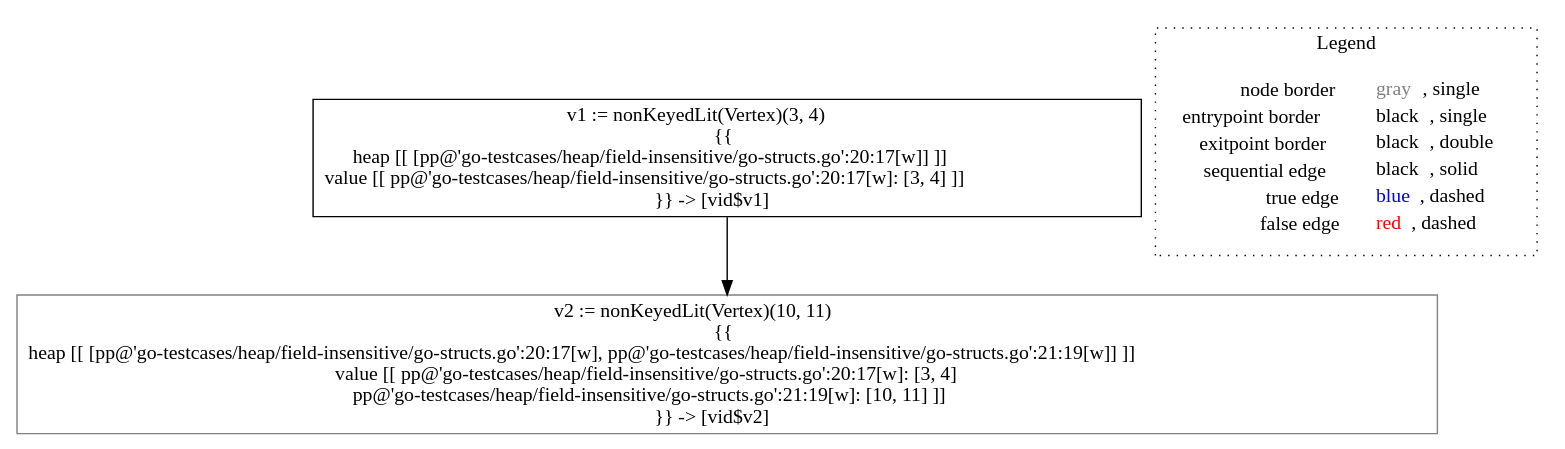
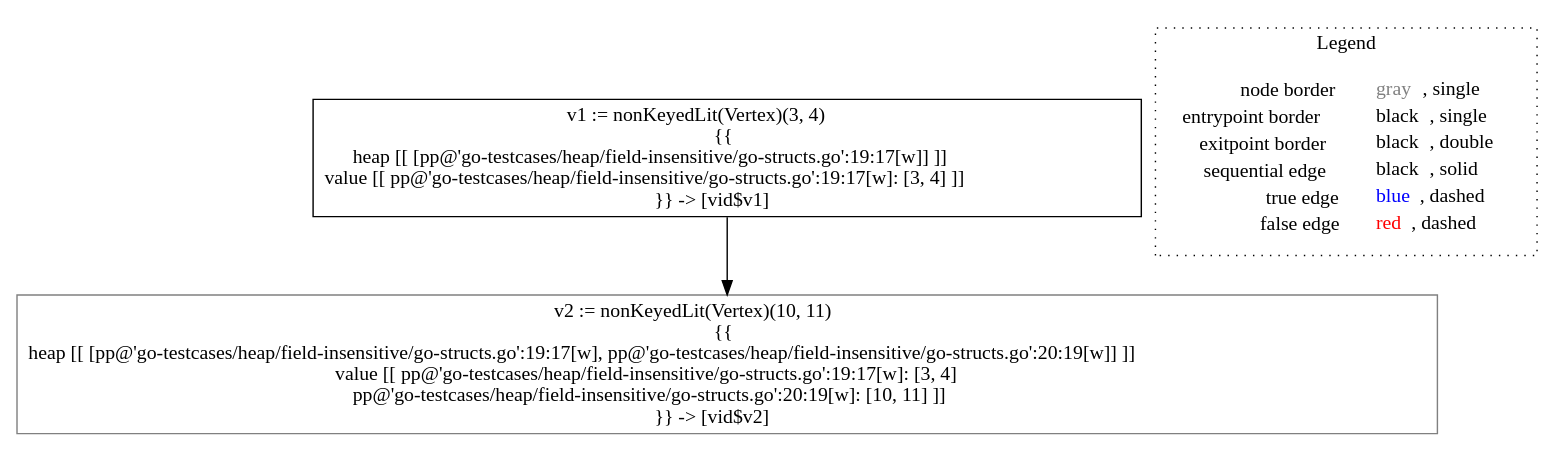
One commit to lisa-analyzer/go-lisa changed the diagram in go-lisa/go-testcases/heap/field-insensitive/analysis___untyped_~LiSAProgram.alloc().dot. Above: the diagram before and after it, drawn with Graphviz. The commit also changed 14 other files, not shown here.

```diff
--- a/go-lisa/go-testcases/heap/field-insensitive/analysis___untyped_~LiSAProgram.alloc().dot
+++ b/go-lisa/go-testcases/heap/field-insensitive/analysis___untyped_~LiSAProgram.alloc().dot
@@ -1,12 +1,12 @@
 digraph {
-	"node0" [shape="rect",color="black",label=<v1 := nonKeyedLit(Vertex)(3, 4)<BR/>{{<BR/>heap [[ [pp@'go-testcases/heap/field-insensitive/go-structs.go':20:17[w]] ]]<BR/>value [[ pp@'go-testcases/heap/field-insensitive/go-structs.go':20:17[w]: [3, 4] ]]<BR/>}} -&gt; [vid$v1]>];
-	"node1" [shape="rect",color="gray",label=<v2 := nonKeyedLit(Vertex)(10, 11)<BR/>{{<BR/>heap [[ [pp@'go-testcases/heap/field-insensitive/go-structs.go':20:17[w], pp@'go-testcases/heap/field-insensitive/go-structs.go':21:19[w]] ]]<BR/>value [[ pp@'go-testcases/heap/field-insensitive/go-structs.go':20:17[w]: [3, 4]<BR/>pp@'go-testcases/heap/field-insensitive/go-structs.go':21:19[w]: [10, 11] ]]<BR/>}} -&gt; [vid$v2]>];
+	"node0" [shape="rect",color="black",label=<v1 := nonKeyedLit(Vertex)(3, 4)<BR/>{{<BR/>heap [[ [pp@'go-testcases/heap/field-insensitive/go-structs.go':19:17[w]] ]]<BR/>value [[ pp@'go-testcases/heap/field-insensitive/go-structs.go':19:17[w]: [3, 4] ]]<BR/>}} -&gt; [vid$v1]>];
+	"node1" [shape="rect",color="gray",label=<v2 := nonKeyedLit(Vertex)(10, 11)<BR/>{{<BR/>heap [[ [pp@'go-testcases/heap/field-insensitive/go-structs.go':19:17[w], pp@'go-testcases/heap/field-insensitive/go-structs.go':20:19[w]] ]]<BR/>value [[ pp@'go-testcases/heap/field-insensitive/go-structs.go':19:17[w]: [3, 4]<BR/>pp@'go-testcases/heap/field-insensitive/go-structs.go':20:19[w]: [10, 11] ]]<BR/>}} -&gt; [vid$v2]>];
 	"node0" -> "node1" [color="black"];
 subgraph cluster_legend {
 	label="Legend";
 	style=dotted;
 	node [shape=plaintext];
 	"legend" [label=<<table border="0" cellpadding="2" cellspacing="0" cellborder="0"><tr><td align="right">node border&nbsp;</td><td align="left"><font color="gray">gray</font>, single</td></tr><tr><td align="right">entrypoint border&nbsp;</td><td align="left"><font color="black">black</font>, single</td></tr><tr><td align="right">exitpoint border&nbsp;</td><td align="left"><font color="black">black</font>, double</td></tr><tr><td align="right">sequential edge&nbsp;</td><td align="left"><font color="black">black</font>, solid</td></tr><tr><td align="right">true edge&nbsp;</td><td align="left"><font color="blue">blue</font>, dashed</td></tr><tr><td align="right">false edge&nbsp;</td><td align="left"><font color="red">red</font>, dashed</td></tr></table>>];
 }
 
 }
```
